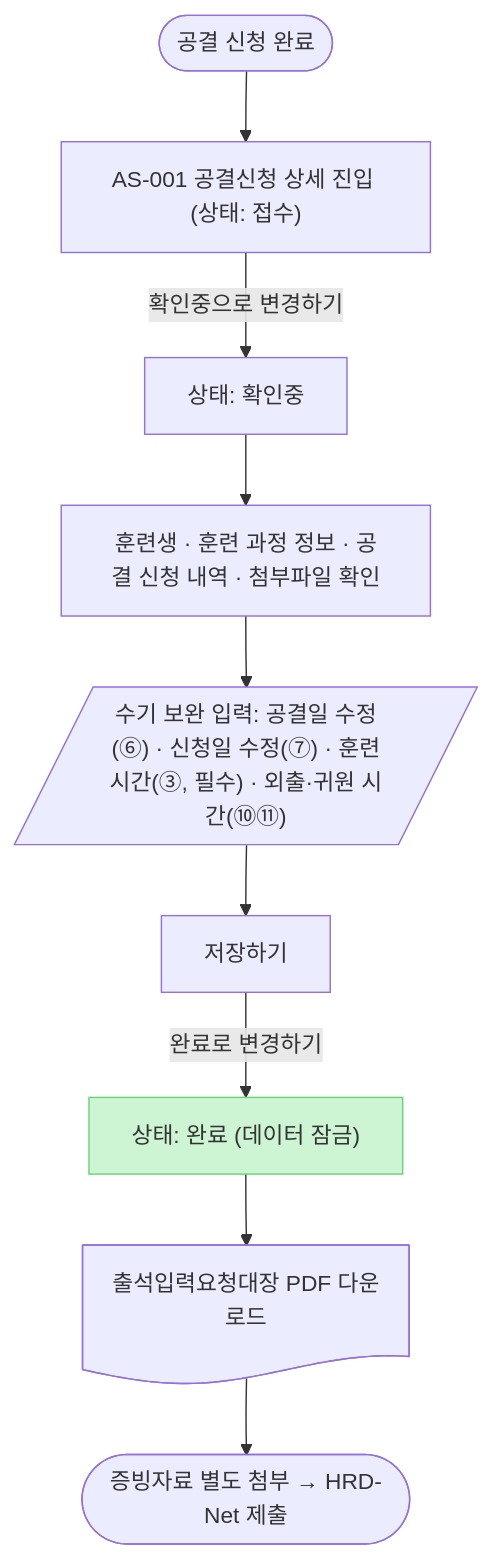
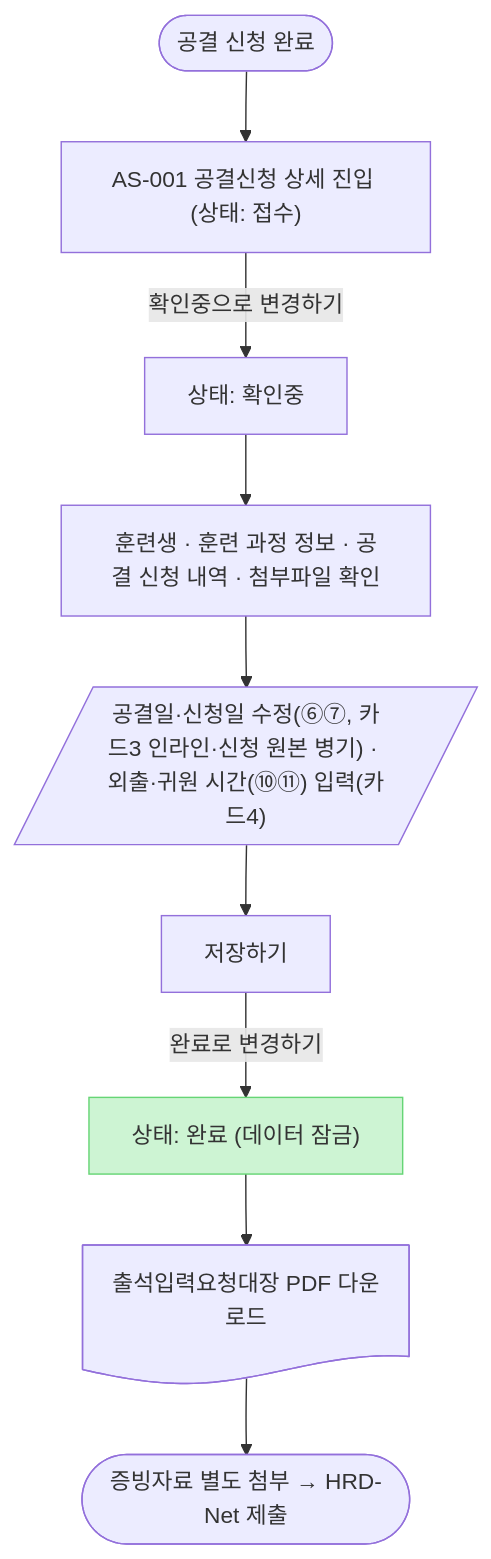
The second of 2 diagrams in classroom/1-planning/prd/2026-08-11_출석입력요청대장-PDF발급-기획서.md (likelion-campus/kdt-ops-planning), drawn with Mermaid before and after one commit. The commit also changed other lines of this file and 8 other files, not shown here.

First line of the commit message:
docs(classroom): 출석입력요청대장 기획 세트 v1.8 갱신 — 인라인 수정 구조·훈련시간 자동 매핑·서식 원본 반영 (#35)

````diff
--- a/classroom/1-planning/prd/2026-08-11_출석입력요청대장-PDF발급-기획서.md
+++ b/classroom/1-planning/prd/2026-08-11_출석입력요청대장-PDF발급-기획서.md
@@ -230,12 +236,12 @@
 ```mermaid
 flowchart TD
   start(["공결 신청 완료"]) --> enter["AS-001 공결신청 상세 진입 (상태: 접수)"]
   enter -->|"확인중으로 변경하기"| checking["상태: 확인중"]
   checking --> review["훈련생 · 훈련 과정 정보 · 공결 신청 내역 · 첨부파일 확인"]
-  review --> input[/"수기 보완 입력: 공결일 수정(⑥) · 신청일 수정(⑦) · 훈련시간(③, 필수) · 외출·귀원 시간(⑩⑪)"/]
+  review --> input[/"공결일·신청일 수정(⑥⑦, 카드3 인라인·신청 원본 병기) · 외출·귀원 시간(⑩⑪) 입력(카드4)"/]
   input --> save["저장하기"]
   save -->|"완료로 변경하기"| done["상태: 완료 (데이터 잠금)"]
   done --> pdf@{ shape: doc, label: "출석입력요청대장 PDF 다운로드" }
   pdf --> submit(["증빙자료 별도 첨부 → HRD-Net 제출"])
   style done fill:#CDF4D3,stroke:#66D575
 ```
````
